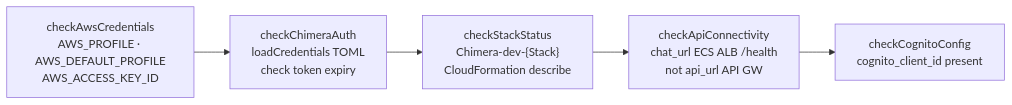
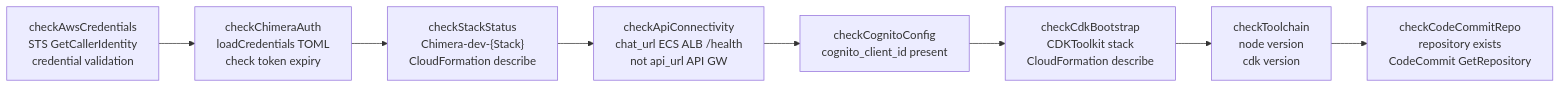
The sixth of 6 diagrams in docs/architecture/cli-lifecycle.md (Codeseys-Labs/chimera), drawn with Mermaid before and after one commit. The commit also changed other lines of this file and 46 other files, not shown here.

````diff
--- a/docs/architecture/cli-lifecycle.md
+++ b/docs/architecture/cli-lifecycle.md
@@ -182,10 +185,13 @@
 ```mermaid
 flowchart LR
-    D1["checkAwsCredentials<br/>AWS_PROFILE · AWS_DEFAULT_PROFILE<br/>AWS_ACCESS_KEY_ID"]
+    D1["checkAwsCredentials<br/>STS GetCallerIdentity<br/>credential validation"]
     D2["checkChimeraAuth<br/>loadCredentials TOML<br/>check token expiry"]
     D3["checkStackStatus<br/>Chimera-dev-{Stack}<br/>CloudFormation describe"]
     D4["checkApiConnectivity<br/>chat_url ECS ALB /health<br/>not api_url API GW"]
     D5["checkCognitoConfig<br/>cognito_client_id present"]
+    D6["checkCdkBootstrap<br/>CDKToolkit stack<br/>CloudFormation describe"]
+    D7["checkToolchain<br/>node version<br/>cdk version"]
+    D8["checkCodeCommitRepo<br/>repository exists<br/>CodeCommit GetRepository"]
 
-    D1 --> D2 --> D3 --> D4 --> D5
+    D1 --> D2 --> D3 --> D4 --> D5 --> D6 --> D7 --> D8
 ```
````
